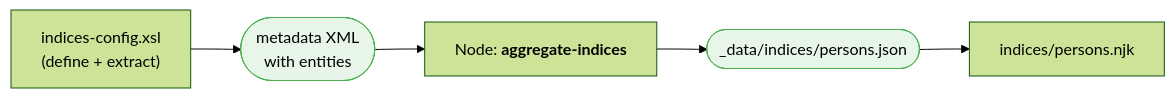
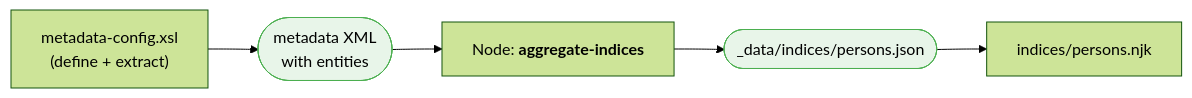
One commit to olvidalo/efes-ng-prototype changed the first of 2 diagrams in docs/tutorial/indices.md. Above: the diagram before and after it, drawn with Mermaid (forest theme). The commit also changed other lines of this file and 27 other files, not shown here.

Commit message:
rename indices-config.xsl to metadata-config.xsl

````diff
--- a/docs/tutorial/indices.md
+++ b/docs/tutorial/indices.md
@@ -15,13 +15,13 @@
 ```mermaid
 flowchart LR
-  config["indices-config.xsl\n(define + extract)"]
+  config["metadata-config.xsl\n(define + extract)"]
   meta(["metadata XML\nwith entities"])
   agg["Node: <b>aggregate-indices</b>"]
   json(["_data/indices/persons.json"])
   tpl["indices/persons.njk"]
 
   config --> meta --> agg --> json --> tpl
 
   style meta fill:#e8f5e9,stroke:#4caf50
   style json fill:#e8f5e9,stroke:#4caf50
 ```
````
